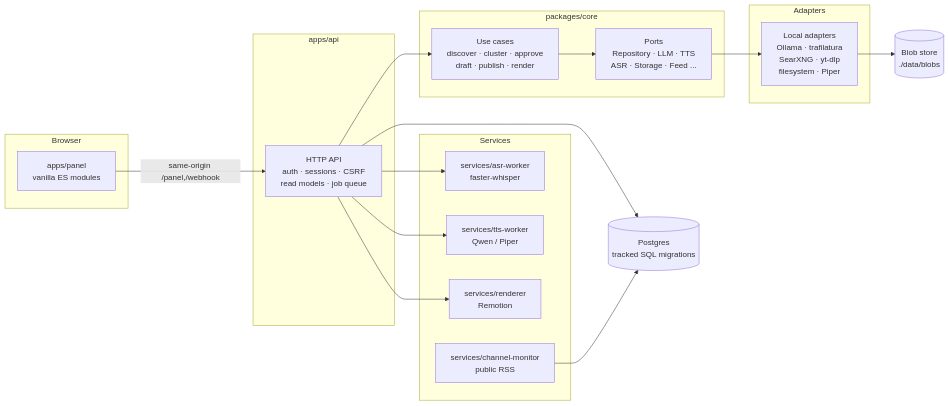
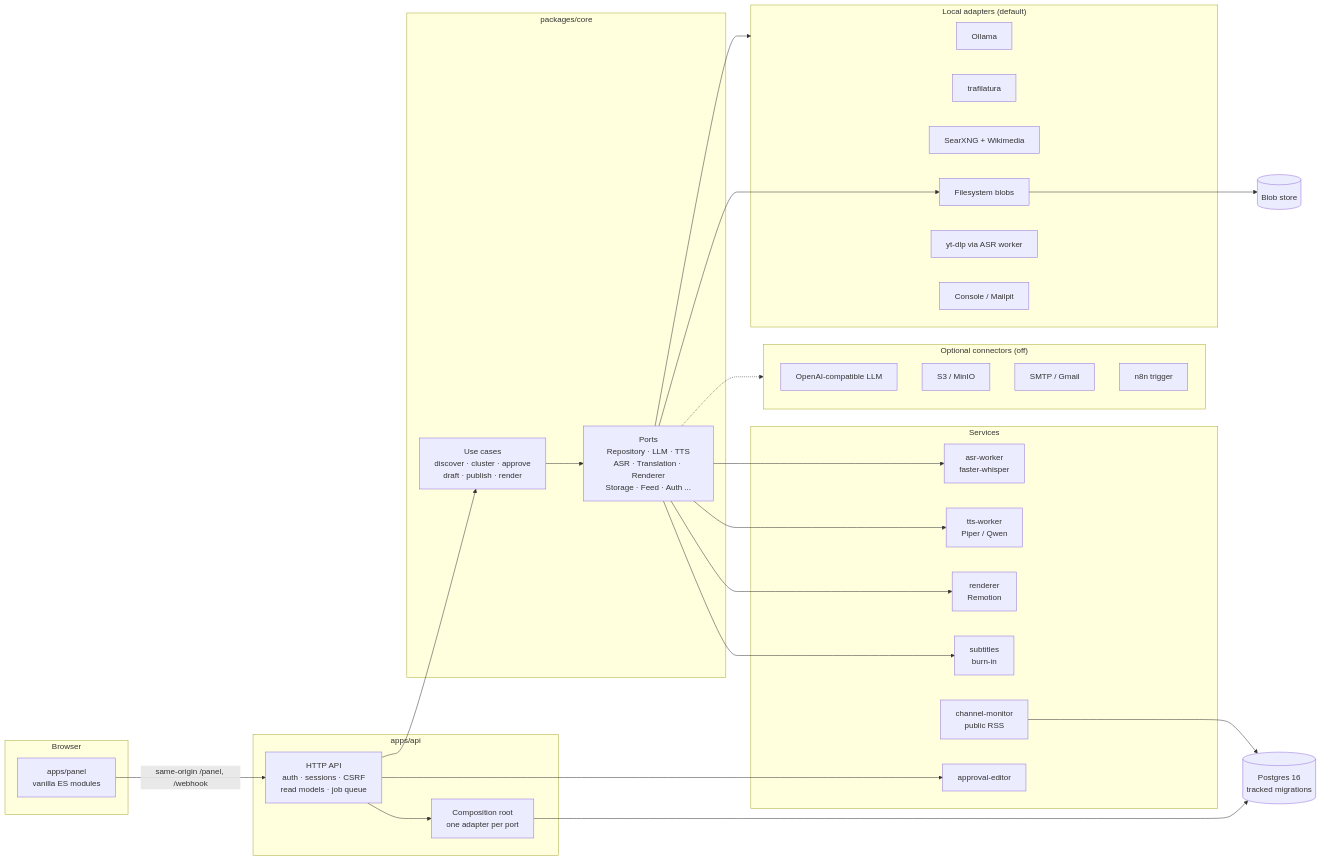
The diagram in README.md (Eduardo12Pacheco/automatizacion-video-noticias), drawn with Mermaid before and after one commit. The commit also changed other lines of this file and 5 other files, not shown here.

````diff
--- a/README.md
+++ b/README.md
@@ -39,40 +52,60 @@
 ```mermaid
 flowchart LR
     subgraph Browser
         Panel["apps/panel<br/>vanilla ES modules"]
     end
 
-    subgraph Backend["apps/api"]
-        API["HTTP API<br/>auth · sessions · CSRF<br/>read models · job queue"]
+    subgraph API["apps/api"]
+        HTTP["HTTP API<br/>auth · sessions · CSRF<br/>read models · job queue"]
+        Composition["Composition root<br/>one adapter per port"]
     end
 
     subgraph Core["packages/core"]
         UC["Use cases<br/>discover · cluster · approve<br/>draft · publish · render"]
-        Ports["Ports<br/>Repository · LLM · TTS<br/>ASR · Storage · Feed ..."]
+        Ports["Ports<br/>Repository · LLM · TTS<br/>ASR · Translation · Renderer<br/>Storage · Feed · Auth ..."]
     end
 
-    subgraph Adapters
-        Local["Local adapters<br/>Ollama · trafilatura<br/>SearXNG · yt-dlp<br/>filesystem · Piper"]
+    subgraph Local["Local adapters (default)"]
+        Ollama["Ollama"]
+        Extract["trafilatura"]
+        Search["SearXNG + Wikimedia"]
+        FS["Filesystem blobs"]
+        YtDlp["yt-dlp via ASR worker"]
+        MT["Console / Mailpit"]
+    end
+
+    subgraph Optional["Optional connectors (off)"]
+        OpenAI["OpenAI-compatible LLM"]
+        S3["S3 / MinIO"]
+        SMTP["SMTP / Gmail"]
+        N8N["n8n trigger"]
     end
 
     subgraph Services
-        ASR["services/asr-worker<br/>faster-whisper"]
-        TTS["services/tts-worker<br/>Qwen / Piper"]
-        Render["services/renderer<br/>Remotion"]
-        Monitor["services/channel-monitor<br/>public RSS"]
+        ASR["asr-worker<br/>faster-whisper"]
+        TTS["tts-worker<br/>Piper / Qwen"]
+        Render["renderer<br/>Remotion"]
+        Sub["subtitles<br/>burn-in"]
+        Monitor["channel-monitor<br/>public RSS"]
+        Editor["approval-editor"]
     end
 
-    DB[("Postgres<br/>tracked SQL migrations")]
-    Blobs[("Blob store<br/>./data/blobs")]
+    DB[("Postgres 16<br/>tracked migrations")]
+    Blobs[("Blob store")]
 
-    Panel -->|"same-origin /panel,/webhook"| API
-    API --> UC
+    Panel -->|"same-origin /panel, /webhook"| HTTP
+    HTTP --> Composition
+    HTTP --> UC
     UC --> Ports
     Ports --> Local
-    API --> DB
-    Local --> Blobs
-    API --> ASR
-    API --> TTS
-    API --> Render
+    Ports -.-> Optional
+    Composition --> DB
+    Ports --> FS
+    FS --> Blobs
+    Ports --> ASR
+    Ports --> TTS
+    Ports --> Sub
+    Ports --> Render
+    HTTP --> Editor
     Monitor --> DB
 ```
````
